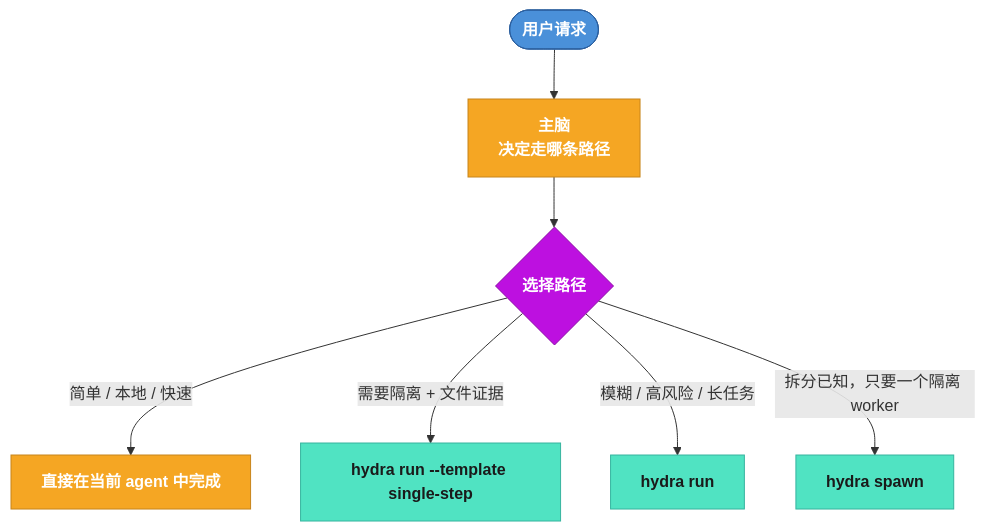
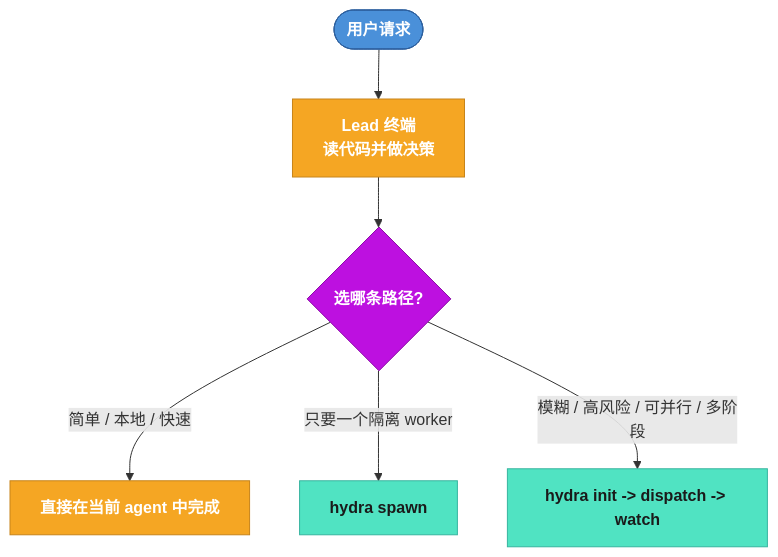
One commit to blueberrycongee/termcanvas changed the first of 4 diagrams in docs/hydra-panorama-flow-zh.md. Above: the diagram before and after it, drawn with Mermaid. The commit also changed other lines of this file and 7 other files, not shown here.

Commit message:
docs(hydra): align docs with lead-driven workflow

````diff
--- a/docs/hydra-panorama-flow-zh.md
+++ b/docs/hydra-panorama-flow-zh.md
@@ -5,14 +5,13 @@
 ```mermaid
 flowchart TD
     classDef user fill:#4a90d9,stroke:#2c5f9e,color:#fff,font-weight:bold
     classDef brain fill:#f5a623,stroke:#c7841a,color:#fff,font-weight:bold
     classDef hydra fill:#50e3c2,stroke:#36b49f,color:#1a1a1a,font-weight:bold
     classDef decision fill:#bd10e0,stroke:#8b0ca6,color:#fff,font-weight:bold
 
-    USER([用户请求]):::user --> BRAIN["主脑<br/>决定走哪条路径"]:::brain
-    BRAIN --> MODE{选择路径}:::decision
+    USER([用户请求]):::user --> LEAD["Lead 终端<br/>读代码并做决策"]:::brain
+    LEAD --> MODE{选哪条路径?}:::decision
     MODE -- "简单 / 本地 / 快速" --> DIRECT["直接在当前 agent 中完成"]:::brain
-    MODE -- "需要隔离 + 文件证据" --> SINGLE["hydra run --template single-step"]:::hydra
-    MODE -- "模糊 / 高风险 / 长任务" --> WF["hydra run"]:::hydra
-    MODE -- "拆分已知，只要一个隔离 worker" --> SPAWN["hydra spawn"]:::hydra
+    MODE -- "只要一个隔离 worker" --> SPAWN["hydra spawn"]:::hydra
+    MODE -- "模糊 / 高风险 / 可并行 / 多阶段" --> WF["hydra init -> dispatch -> watch"]:::hydra
 ```
````
